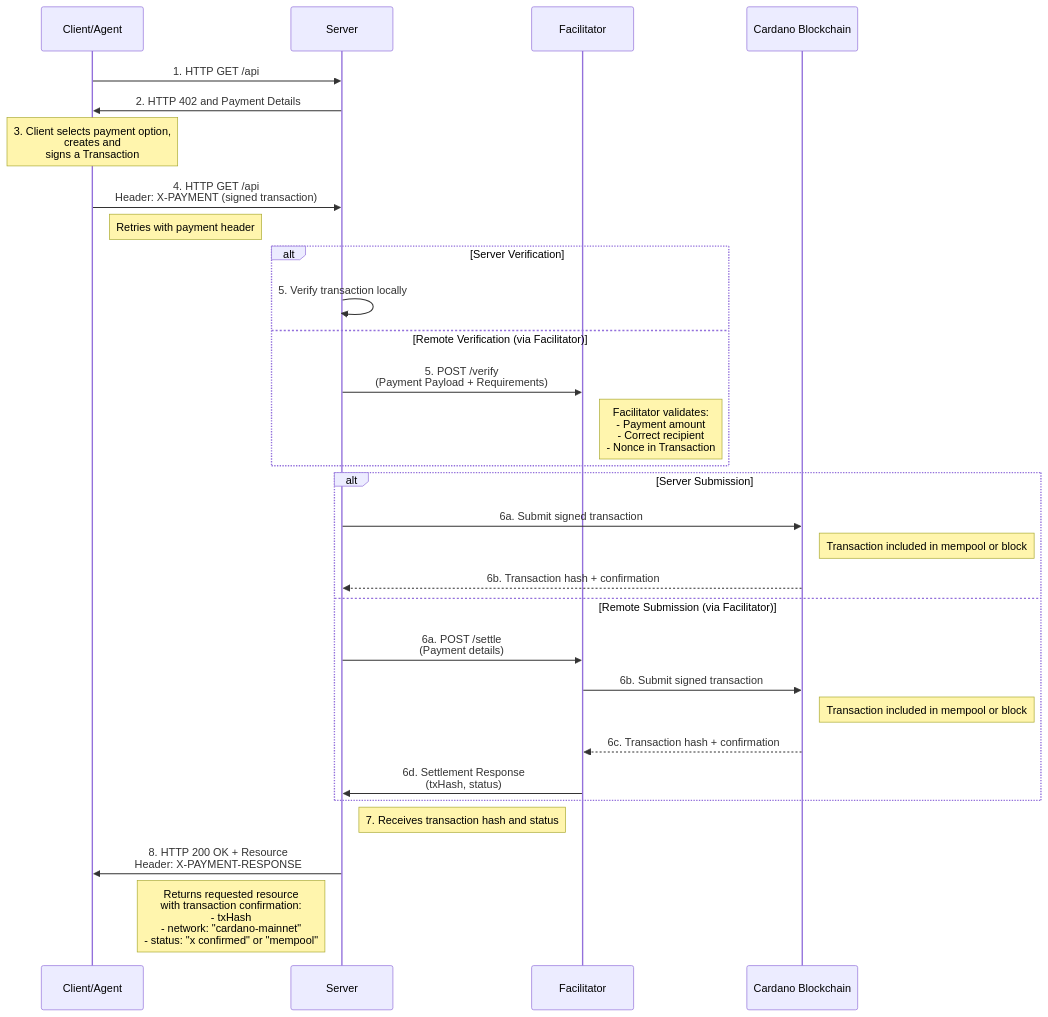
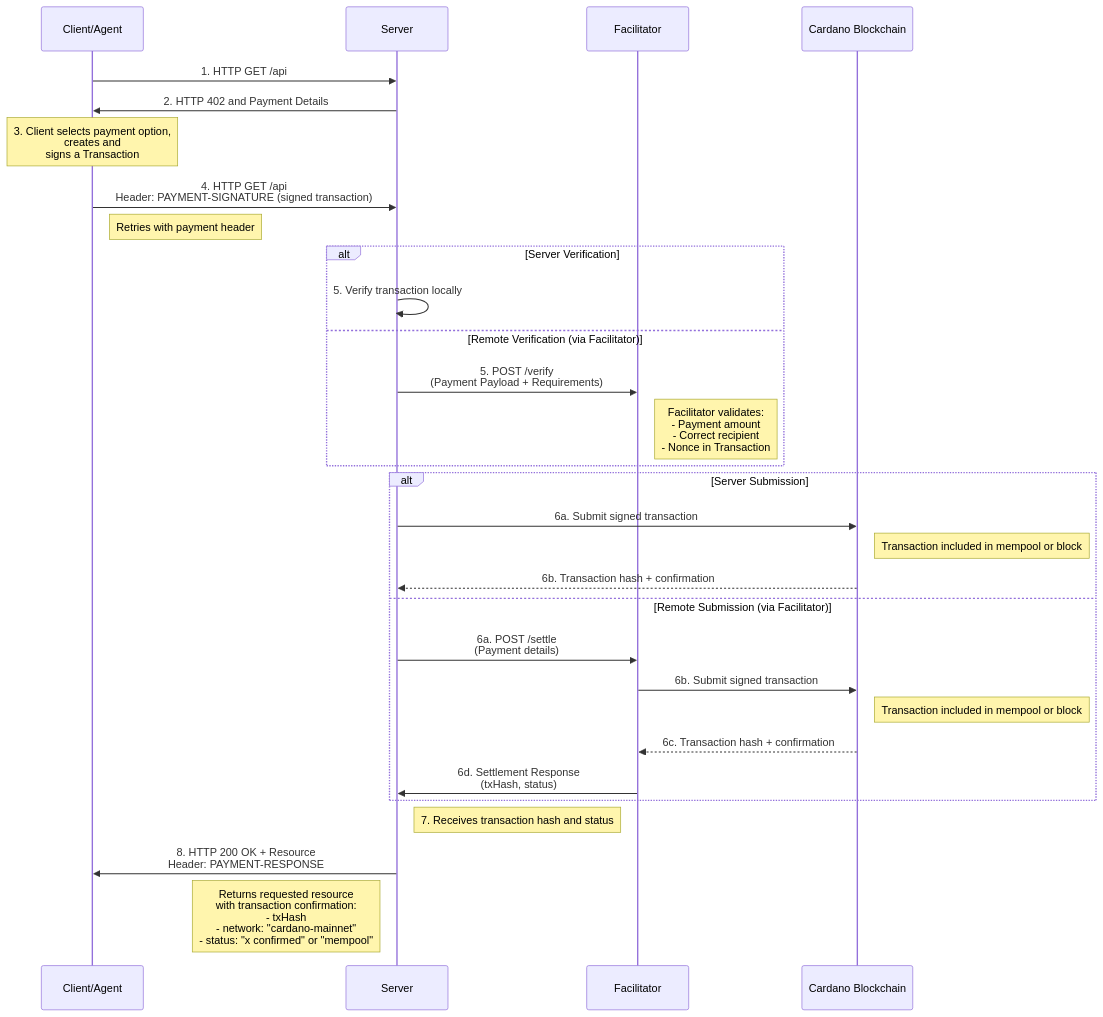
Before and after one commit to coinbase/x402: the diagram in specs/schemes/exact/scheme_exact_cardano.md, drawn with Mermaid. The commit also changed other lines of this file, not shown here.

Commit message:
feat: update cardano schema according to x402 v2 migration guide

````diff
--- a/specs/schemes/exact/scheme_exact_cardano.md
+++ b/specs/schemes/exact/scheme_exact_cardano.md
@@ -16,47 +16,47 @@
 ```mermaid
 sequenceDiagram
     participant Client as Client/Agent
     participant Server as Server
     participant Facilitator as Facilitator
     participant Cardano as Cardano Blockchain
 
     %% Initial Request
     Client->>Server: 1. HTTP GET /api
 
     %% Payment Required Response
     Server->>Client: 2. HTTP 402 and Payment Details
 
     %% Client Prepares Payment
     Note over Client: 3. Client selects payment option,<br/>creates and <br/> signs a Transaction
 
     %% Request with Payment
-    Client->>Server: 4. HTTP GET /api<br/>Header: X-PAYMENT (signed transaction)
+    Client->>Server: 4. HTTP GET /api<br/>Header: PAYMENT-SIGNATURE (signed transaction)
     Note right of Client: Retries with payment header
 
     %% Server Verification
     alt Server Verification
         Server->>Server: 5. Verify transaction locally
     else Remote Verification (via Facilitator)
         Server->>Facilitator: 5. POST /verify<br/>(Payment Payload + Requirements)
         Note right of Facilitator: Facilitator validates:<br/>- Payment amount<br/>- Correct recipient<br/>- Nonce in Transaction
     end
 
     %% Server Verification
     alt Server Submission
         Server->>Cardano: 6a. Submit signed transaction
         Note right of Cardano: Transaction included in mempool or block
         Cardano-->>Server: 6b. Transaction hash + confirmation
     else Remote Submission (via Facilitator)
       Server->>Facilitator: 6a. POST /settle<br/>(Payment details)
       Facilitator->>Cardano: 6b. Submit signed transaction
       Note right of Cardano: Transaction included in mempool or block
       Cardano-->>Facilitator: 6c. Transaction hash + confirmation
       Facilitator->>Server: 6d. Settlement Response<br/>(txHash, status)
     end
 
     Note right of Server: 7. Receives transaction hash and status
 
     %% Final Response
-    Server->>Client: 8. HTTP 200 OK + Resource<br/>Header: X-PAYMENT-RESPONSE
+    Server->>Client: 8. HTTP 200 OK + Resource<br/>Header: PAYMENT-RESPONSE
     Note left of Server: Returns requested resource<br/>with transaction confirmation:<br/>- txHash<br/>- network: "cardano-mainnet"<br/>- status: "x confirmed" or "mempool"
 ```
````
